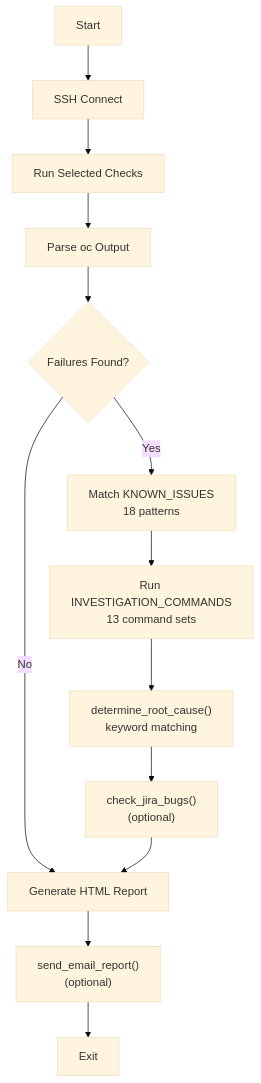
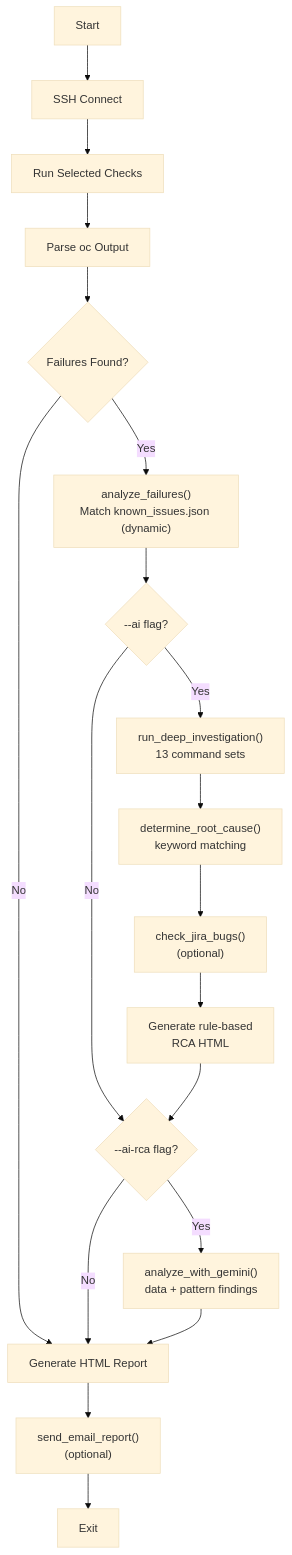
Before and after one commit to m0rdechai/ocp-health-crew: the fourth of 8 diagrams in docs/ARCHITECTURE.md, drawn with Mermaid (base theme). The commit also changed other lines of this file and 17 other files, not shown here.

First line of the commit message:
Add dynamic self-evolving knowledge base for RCA engine

````diff
--- a/docs/ARCHITECTURE.md
+++ b/docs/ARCHITECTURE.md
@@ -162,15 +164,21 @@
 ```mermaid
 graph TD
     Start[Start] --> Connect[SSH Connect]
     Connect --> RunChecks[Run Selected Checks]
     RunChecks --> Parse[Parse oc Output]
     Parse --> Classify{Failures Found?}
     Classify -->|No| Report[Generate HTML Report]
-    Classify -->|Yes| MatchIssues[Match KNOWN_ISSUES<br>18 patterns]
-    MatchIssues --> Investigate[Run INVESTIGATION_COMMANDS<br>13 command sets]
+    Classify -->|Yes| MatchIssues["analyze_failures()<br>Match known_issues.json (dynamic)"]
+    MatchIssues --> DeepInvest{"--ai flag?"}
+    DeepInvest -->|Yes| Investigate["run_deep_investigation()<br>13 command sets"]
+    DeepInvest -->|No| AiRCA
     Investigate --> RootCause["determine_root_cause()<br>keyword matching"]
     RootCause --> JiraBugs["check_jira_bugs()<br>(optional)"]
-    JiraBugs --> Report
+    JiraBugs --> RuleHTML["Generate rule-based<br>RCA HTML"]
+    RuleHTML --> AiRCA{"--ai-rca flag?"}
+    AiRCA -->|No| Report
+    AiRCA -->|Yes| GeminiCall["analyze_with_gemini()<br>data + pattern findings"]
+    GeminiCall --> Report
     Report --> Email["send_email_report()<br>(optional)"]
     Email --> Done[Exit]
 ```
````
